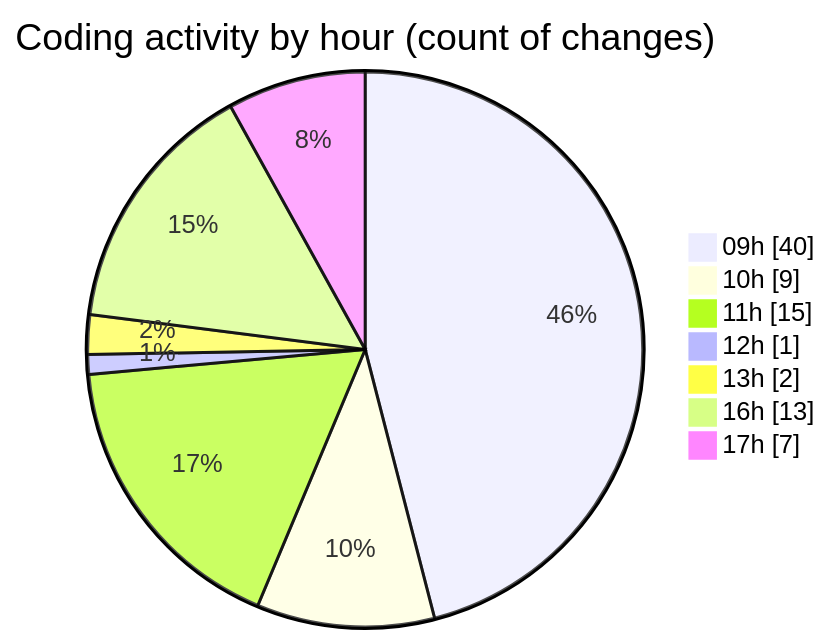
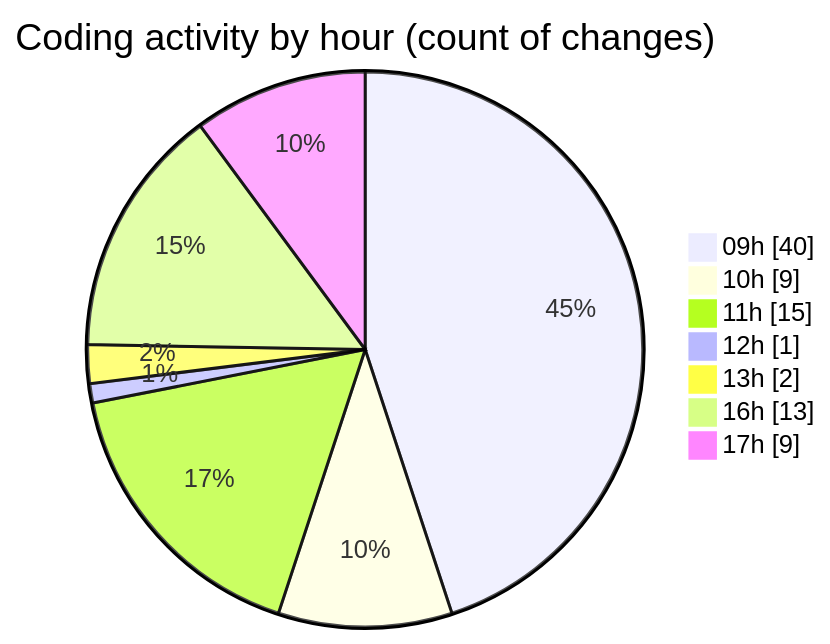
One commit to momahboobian/code-tracking changed the second of 2 diagrams in 2026-06-15/cda/README.md. Above: the diagram before and after it, drawn with Mermaid. The commit also changed other lines of this file and 1 other file, not shown here.

````diff
--- a/2026-06-15/cda/README.md
+++ b/2026-06-15/cda/README.md
@@ -76,11 +76,11 @@
 ```mermaid
 pie showData
 title Coding activity by hour (count of changes)
 "09h" : 40
 "10h" : 9
 "11h" : 15
 "12h" : 1
 "13h" : 2
 "16h" : 13
-"17h" : 7
+"17h" : 9
 ```
````
